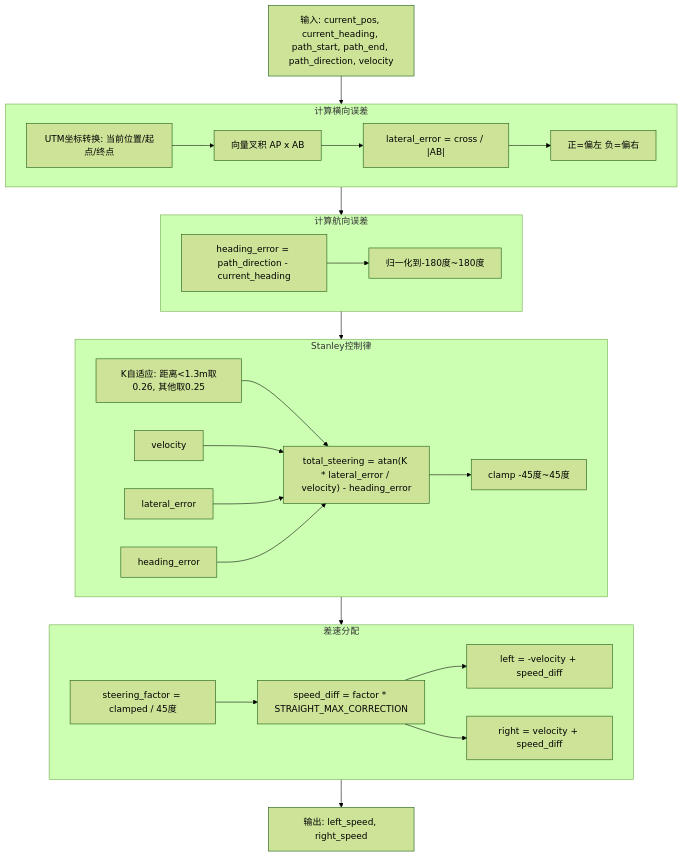
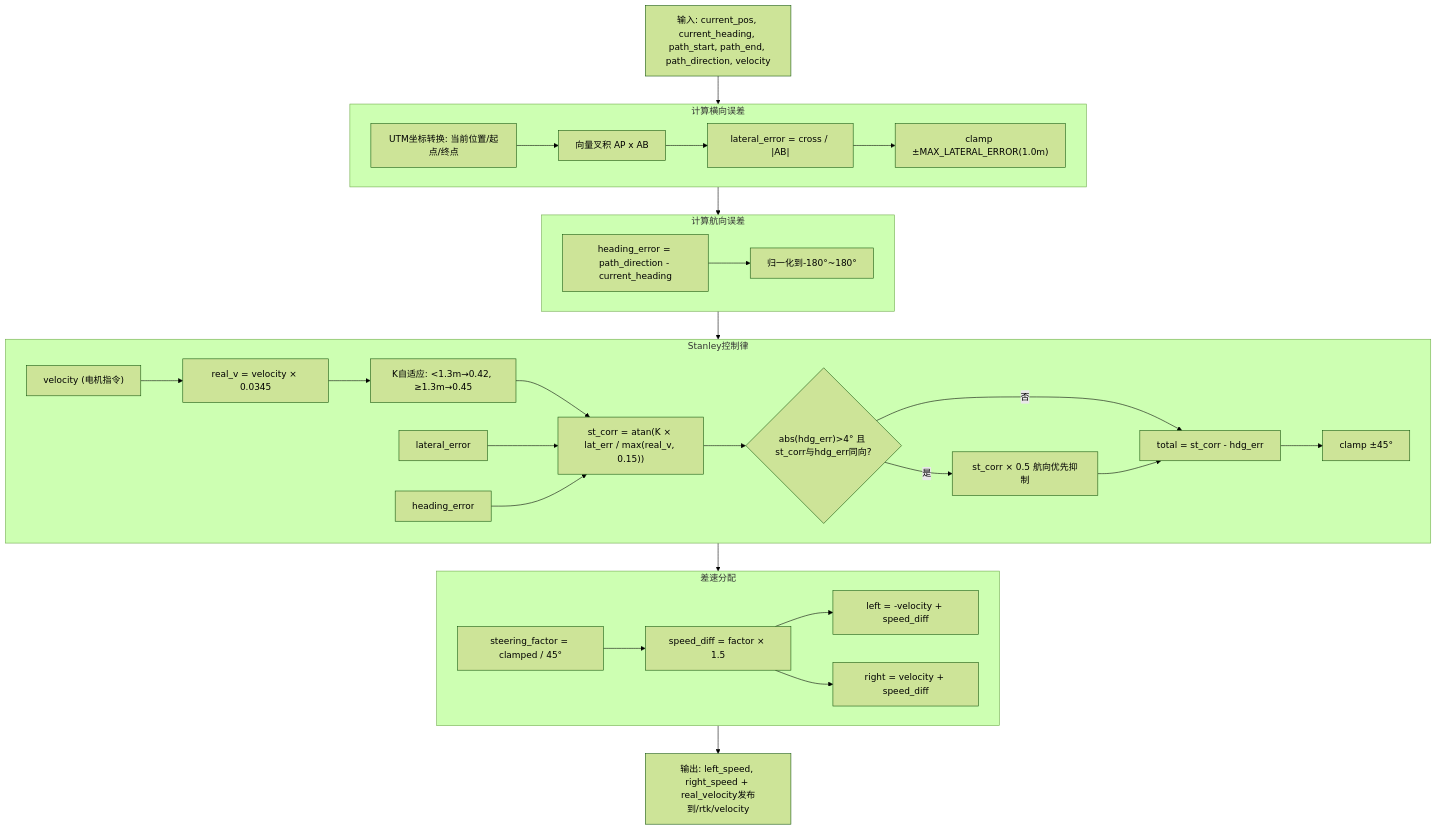
The fifth of 6 diagrams in README.md (J123123-oss/robot_cleaning), drawn with Mermaid (forest theme) before and after one commit. The commit also changed other lines of this file, not shown here.

First line of the commit message:
docs: README流程图更新force_bearing_mode+Stanley参数修正+关键参数表化

````diff
--- a/README.md
+++ b/README.md
@@ -125,35 +212,40 @@
 ```mermaid
 graph TD
     INPUT["输入: current_pos, current_heading, path_start, path_end, path_direction, velocity"] --> STEP1
 
     subgraph STEP1["计算横向误差"]
         UTM1["UTM坐标转换: 当前位置/起点/终点"] --> CROSS["向量叉积 AP x AB"]
         CROSS --> LATERAL["lateral_error = cross / |AB|"]
-        LATERAL --> SIGN["正=偏左 负=偏右"]
+        LATERAL --> CLAMP_LE["clamp ±MAX_LATERAL_ERROR(1.0m)"]
     end
 
     STEP1 --> STEP2
     subgraph STEP2["计算航向误差"]
         HEADING_ERR["heading_error = path_direction - current_heading"]
-        HEADING_ERR --> NORMALIZE["归一化到-180度~180度"]
+        HEADING_ERR --> NORMALIZE["归一化到-180°~180°"]
     end
 
     STEP2 --> STEP3
     subgraph STEP3["Stanley控制律"]
-        K["K自适应: 距离<1.3m取0.26, 其他取0.25"] --> STEERING
-        V["velocity"] --> STEERING
+        V_RAW["velocity (电机指令)"] --> CONV["real_v = velocity × 0.0345"]
+        CONV --> K["K自适应: <1.3m→0.42, ≥1.3m→0.45"]
+        K --> STEERING
         LE["lateral_error"] --> STEERING
         HE["heading_error"] --> STEERING
-        STEERING["total_steering = atan(K * lateral_error / velocity) - heading_error"]
-        STEERING --> CLAMP["clamp -45度~45度"]
+        STEERING["st_corr = atan(K × lat_err / max(real_v, 0.15))"]
+        STEERING --> SUPPRESS{"abs(hdg_err)>4° 且 st_corr与hdg_err同向?"}
+        SUPPRESS -- 是 --> HALF["st_corr × 0.5 航向优先抑制"]
+        SUPPRESS -- 否 --> TOTAL["total = st_corr - hdg_err"]
+        HALF --> TOTAL
+        TOTAL --> CLAMP["clamp ±45°"]
     end
 
     STEP3 --> STEP4
     subgraph STEP4["差速分配"]
-        FACTOR["steering_factor = clamped / 45度"] --> DIFF["speed_diff = factor * STRAIGHT_MAX_CORRECTION"]
+        FACTOR["steering_factor = clamped / 45°"] --> DIFF["speed_diff = factor × 1.5"]
         DIFF --> LEFT["left = -velocity + speed_diff"]
         DIFF --> RIGHT["right = velocity + speed_diff"]
     end
 
-    STEP4 --> OUTPUT["输出: left_speed, right_speed"]
+    STEP4 --> OUTPUT["输出: left_speed, right_speed + real_velocity发布到/rtk/velocity"]
 ```
````
